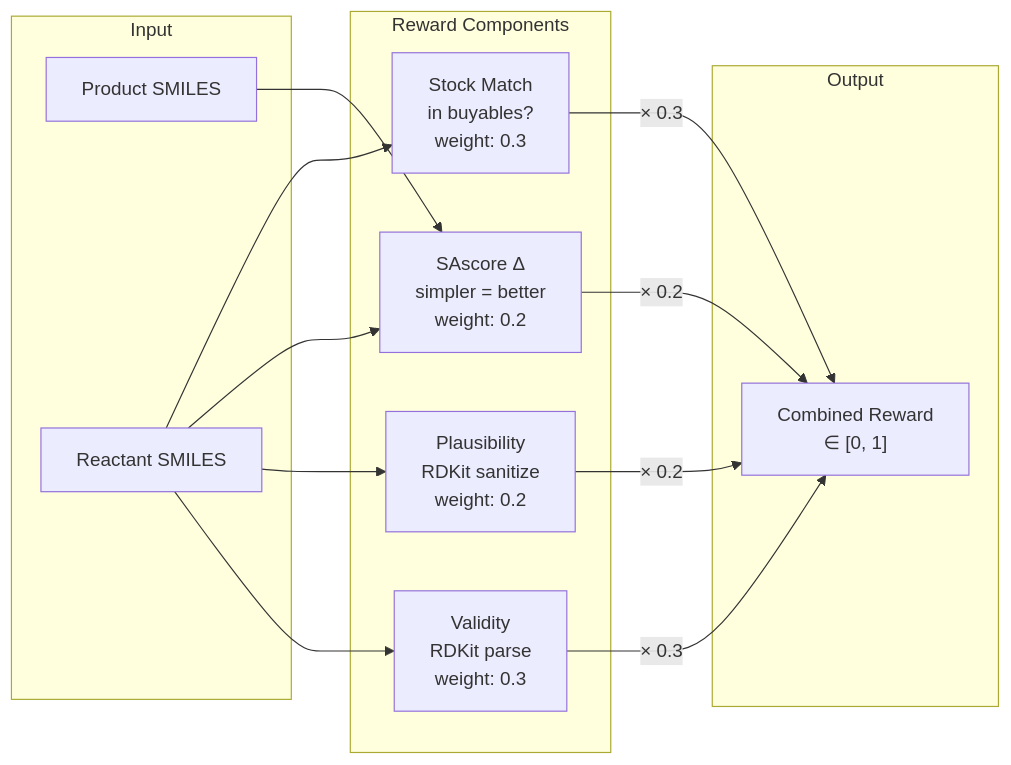
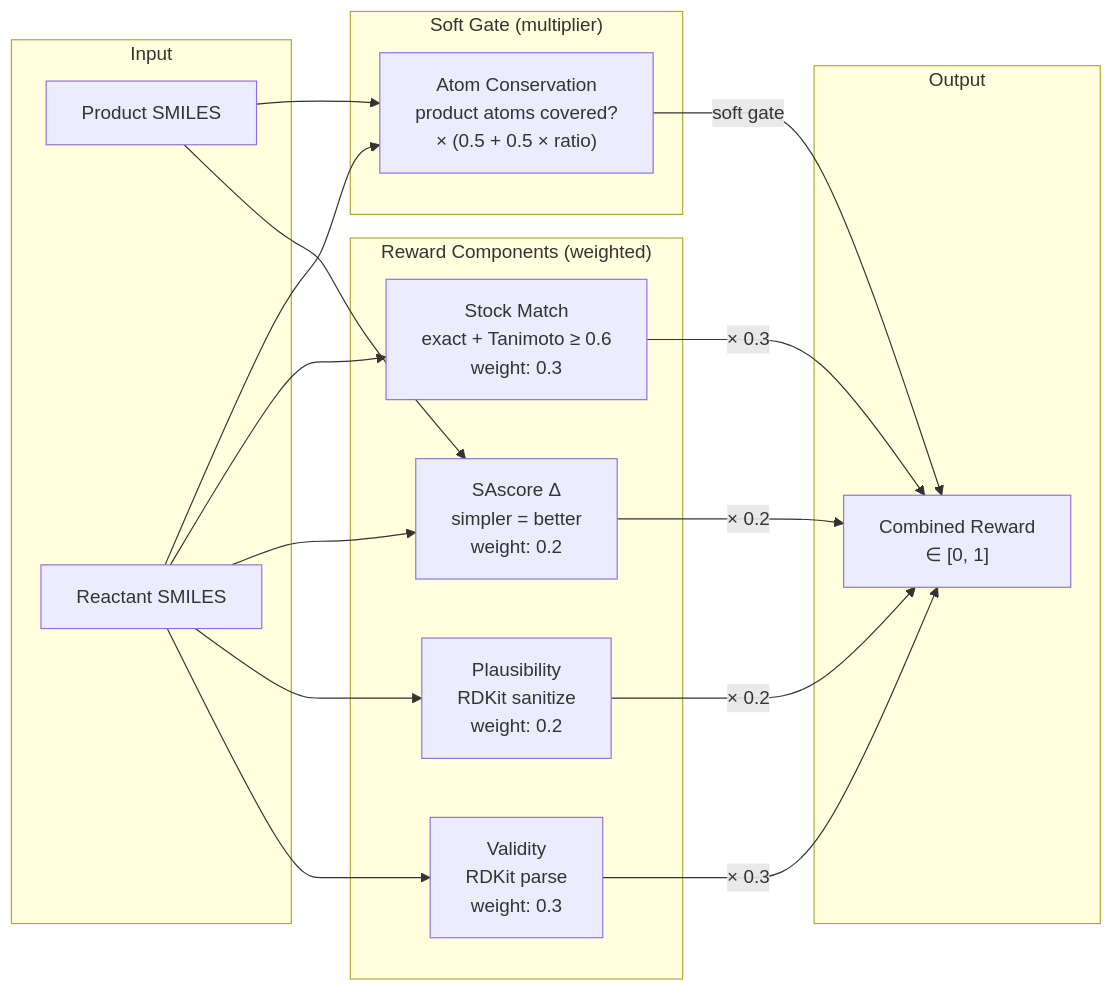
One commit to Rhoahndur/RL_RetroSynthesis changed the fifth of 8 diagrams in ARCHITECTURE.md. Above: the diagram before and after it, drawn with Mermaid. The commit also changed other lines of this file, not shown here.

Commit message:
update architecture doc

````diff
--- a/ARCHITECTURE.md
+++ b/ARCHITECTURE.md
@@ -190,29 +205,36 @@
 ```mermaid
 graph LR
     subgraph Input
         PROD["Product SMILES"]
         REACT["Reactant SMILES"]
     end
 
-    subgraph Rewards["Reward Components"]
+    subgraph Rewards["Reward Components (weighted)"]
         V["Validity<br/>RDKit parse<br/>weight: 0.3"]
         P["Plausibility<br/>RDKit sanitize<br/>weight: 0.2"]
         SA["SAscore Δ<br/>simpler = better<br/>weight: 0.2"]
-        BUY["Stock Match<br/>in buyables?<br/>weight: 0.3"]
+        BUY["Stock Match<br/>exact + Tanimoto ≥ 0.6<br/>weight: 0.3"]
+    end
+
+    subgraph Gate["Soft Gate (multiplier)"]
+        ATOM["Atom Conservation<br/>product atoms covered?<br/>× (0.5 + 0.5 × ratio)"]
     end
 
     subgraph Output
         R["Combined Reward<br/>∈ [0, 1]"]
     end
 
     REACT --> V
     REACT --> P
     PROD --> SA
     REACT --> SA
     REACT --> BUY
+    PROD --> ATOM
+    REACT --> ATOM
 
     V -->|"× 0.3"| R
     P -->|"× 0.2"| R
     SA -->|"× 0.2"| R
     BUY -->|"× 0.3"| R
+    ATOM -->|"soft gate"| R
 ```
````
